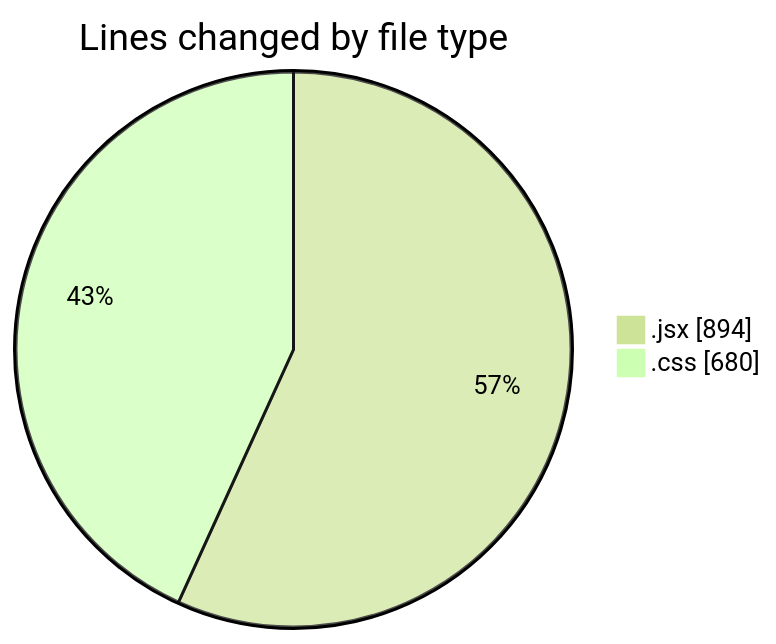
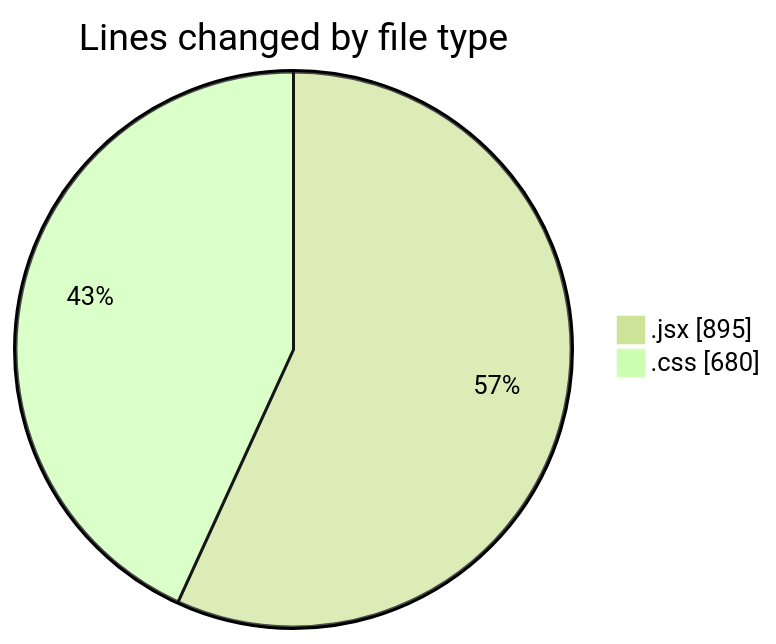
Before and after one commit to BS-eng2023/code-tracking: the first of 2 diagrams in 2025-05-08/recipe-app/README.md, drawn with Mermaid (forest theme). The commit also changed other lines of this file and 1 other file, not shown here.

````diff
--- a/2025-05-08/recipe-app/README.md
+++ b/2025-05-08/recipe-app/README.md
@@ -26,6 +26,6 @@
 ```mermaid
 pie showData
 title Lines changed by file type
-".jsx" : 894
+".jsx" : 895
 ".css" : 680
 ```
````
